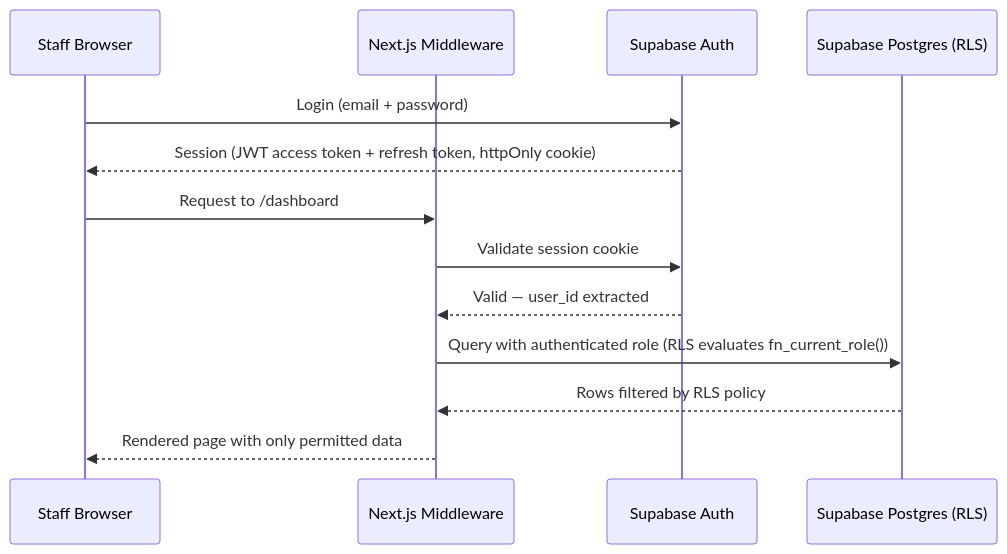
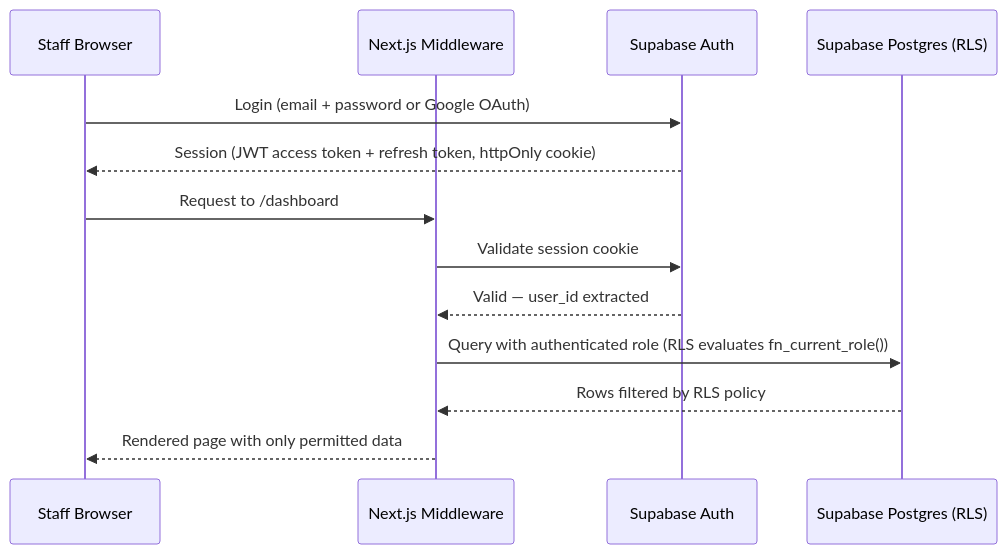
Before and after one commit to kwameaikins/CourseRegistration: the diagram in Coding Docs/06_Security_and_Authentication.md, drawn with Mermaid. The commit also changed other lines of this file and 7 other files, not shown here.

Commit message:
[auth] add Google OAuth sign-in

````diff
--- a/Coding Docs/06_Security_and_Authentication.md
+++ b/Coding Docs/06_Security_and_Authentication.md
@@ -51,16 +60,16 @@
 ```mermaid
 sequenceDiagram
     participant S as Staff Browser
     participant N as Next.js Middleware
     participant SA as Supabase Auth
     participant DB as Supabase Postgres (RLS)
 
-    S->>SA: Login (email + password)
+    S->>SA: Login (email + password or Google OAuth)
     SA-->>S: Session (JWT access token + refresh token, httpOnly cookie)
     S->>N: Request to /dashboard
     N->>SA: Validate session cookie
     SA-->>N: Valid — user_id extracted
     N->>DB: Query with authenticated role (RLS evaluates fn_current_role())
     DB-->>N: Rows filtered by RLS policy
     N-->>S: Rendered page with only permitted data
 ```
````
